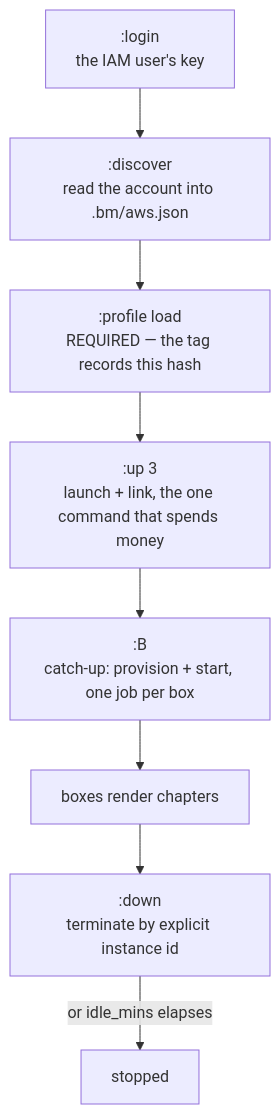
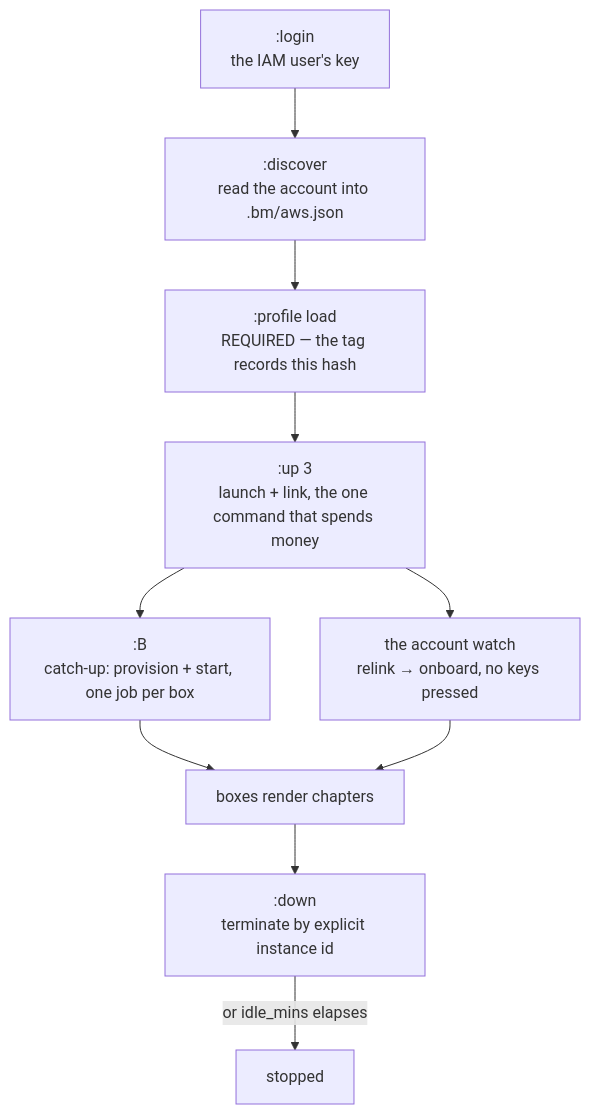
Before and after one commit to lhuthng/storycast: the seventh of 7 diagrams in docs/ARCHITECTURE.md, drawn with Mermaid. The commit also changed other lines of this file and 17 other files, not shown here.

````diff
--- a/docs/ARCHITECTURE.md
+++ b/docs/ARCHITECTURE.md
@@ -1053,10 +1093,12 @@
 ```mermaid
 flowchart TB
     LOGIN[":login<br/>the IAM user's key"] --> DISC[":discover<br/>read the account into .bm/aws.json"]
     DISC --> PROF[":profile load<br/>REQUIRED — the tag records this hash"]
     PROF --> UP[":up 3<br/>launch + link, the one command that spends money"]
+    UP --> WATCH["the account watch<br/>relink → onboard, no keys pressed"]
     UP --> B[":B<br/>catch-up: provision + start, one job per box"]
     B --> WORK["boxes render chapters"]
+    WATCH --> WORK
     WORK --> DOWN[":down<br/>terminate by explicit instance id"]
     DOWN -->|"or idle_mins elapses"| OFF["stopped"]
 ```
````
